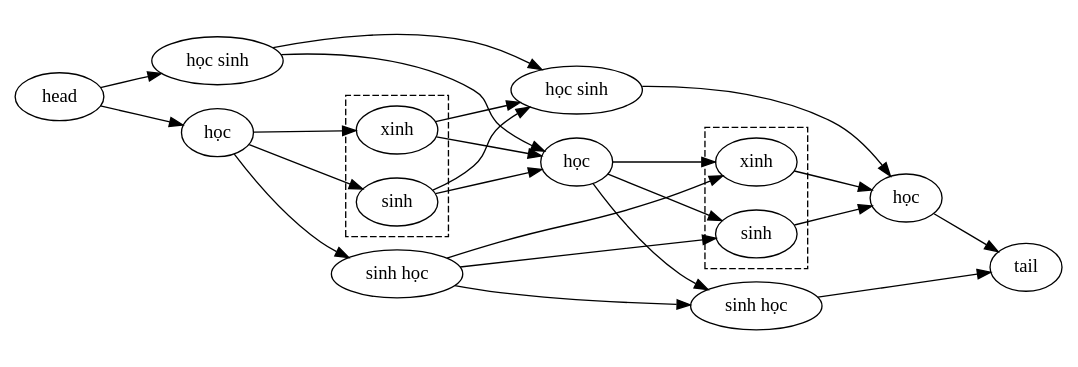
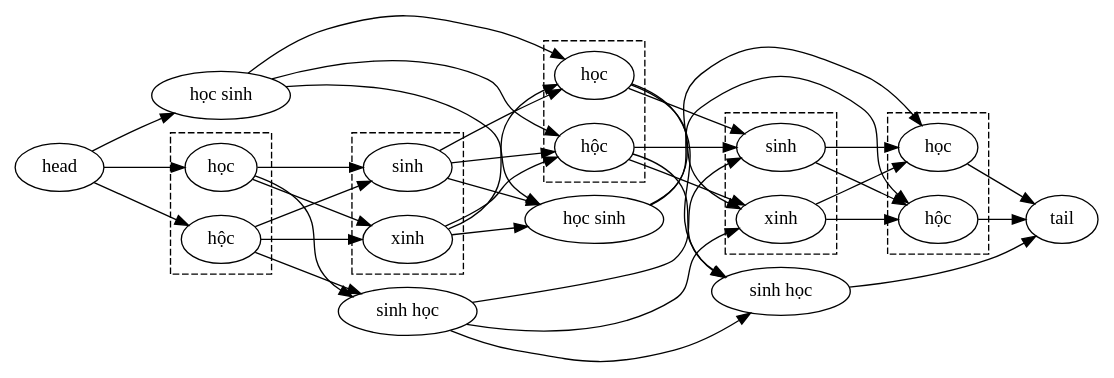
Before and after one commit to phamvietninh/vspell: the diagram in thesis/wordlattice1.dot, drawn with Graphviz. The commit also changed 1 other file, not shown here.

```diff
--- a/thesis/wordlattice1.dot
+++ b/thesis/wordlattice1.dot
@@ -1,47 +1,82 @@
 digraph wordlattice {
-	rankdir=LR
+	rankdir=LR;
 	fontname=arial;
-	head [label="head"];
-	tail [label="tail"];
+	spline=true;
 	style=invis;
-	subgraph cluster_l1 {
-		hoc1 [label="học"];
-		hocsinh1 [label="học sinh"];
+
+	head;
+	tail;
+	subgraph cluster_z1 {
+	subgraph cluster_n1 {
+	style=dashed;
+	n0 [label="học"];
+	n1 [label=" hộc"];
 	}
-	subgraph cluster_l2 {
-		subgraph cluster_l21 {
-		style=dashed;
-		sinh2 [label="sinh"];
-		xinh2 [label="xinh"];
-		}
-		sinhhoc2 [label="sinh học"];
+	n2 [label=" học sinh"];
 	}
-	subgraph cluster_l3 {
-		hoc3 [label="học"];
-		hocsinh3 [label="học sinh"];
+	subgraph cluster_z2 {
+	subgraph cluster_n2 {
+	style=dashed;
+	n3 [label=" sinh"];
+	n4 [label=" xinh"];
 	}
-	subgraph cluster_l4 {
-		subgraph cluster_l41 {
-		style=dashed;
-		sinh4 [label="sinh"];
-		xinh4 [label="xinh"];
-		}
-		sinhhoc4 [label="sinh học"];
+	n5 [label=" sinh học"];
 	}
-	subgraph cluster_l5 {
-		hoc5 [label="học"];
+	subgraph cluster_z3 {
+	subgraph cluster_n3 {
+	style=dashed;
+	n6 [label=" học"];
+	n7 [label=" hộc"];
 	}
-	head -> hoc1;
-	head -> hocsinh1;
-	hoc1 -> {sinh2 sinhhoc2 xinh2};
-	hocsinh1 -> { hoc3 hocsinh3};
-	sinh2 -> { hoc3 hocsinh3};
-	xinh2 -> {hoc3 hocsinh3};
-	sinhhoc2 -> {sinh4 xinh4 sinhhoc4};
-	hoc3 -> {sinh4 sinhhoc4 xinh4};
-	hocsinh3 -> hoc5;
-	sinh4 -> hoc5;
-	xinh4 -> hoc5;
-	sinhhoc4 -> tail;
-	hoc5 -> tail;
+	n8 [label=" học sinh"];
+	}
+	subgraph cluster_z4 {
+	subgraph cluster_n4 {
+	style=dashed;
+	n9 [label=" sinh"];
+	n10 [label=" xinh"];
+	}
+	n11 [label=" sinh học"];
+	}
+	subgraph cluster_n5 {
+	style=dashed;
+	n12 [label=" học"];
+	n13 [label=" hộc"];
+	}
+	head -> n0;
+	n0 -> n3;
+	n0 -> n4;
+	n0 -> n5;
+	head -> n1;
+	n1 -> n3;
+	n1 -> n4;
+	n1 -> n5;
+	head -> n2;
+	n2 -> n6;
+	n2 -> n7;
+	n2 -> n8;
+	n3 -> n6;
+	n3 -> n7;
+	n3 -> n8;
+	n4 -> n6;
+	n4 -> n7;
+	n4 -> n8;
+	n5 -> n9;
+	n5 -> n10;
+	n5 -> n11;
+	n6 -> n9;
+	n6 -> n10;
+	n6 -> n11;
+	n7 -> n9;
+	n7 -> n10;
+	n7 -> n11;
+	n8 -> n12;
+	n8 -> n13;
+	n9 -> n12;
+	n9 -> n13;
+	n10 -> n12;
+	n10 -> n13;
+	n11 -> tail;
+	n12 -> tail;
+	n13 -> tail;
 }
```
